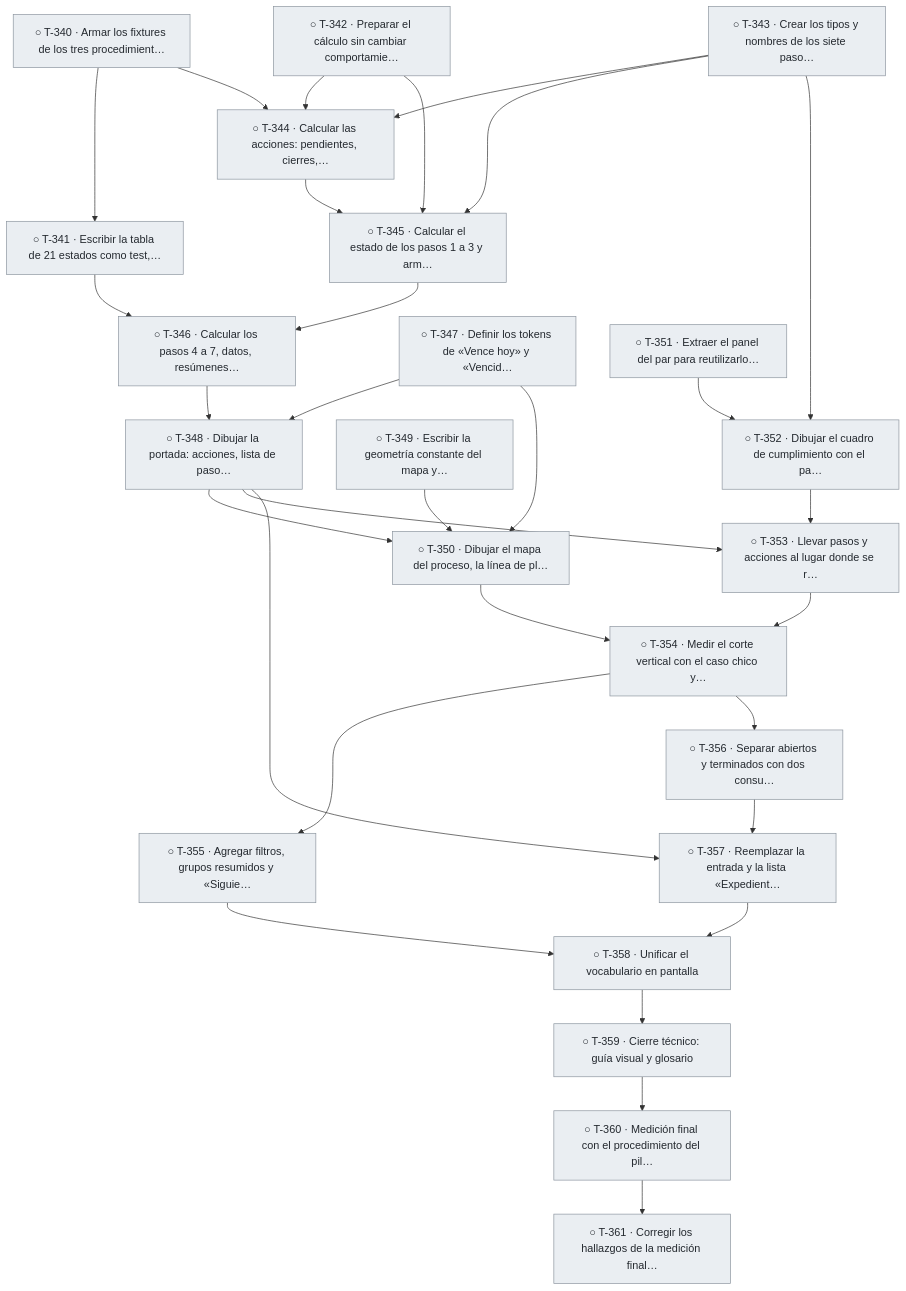
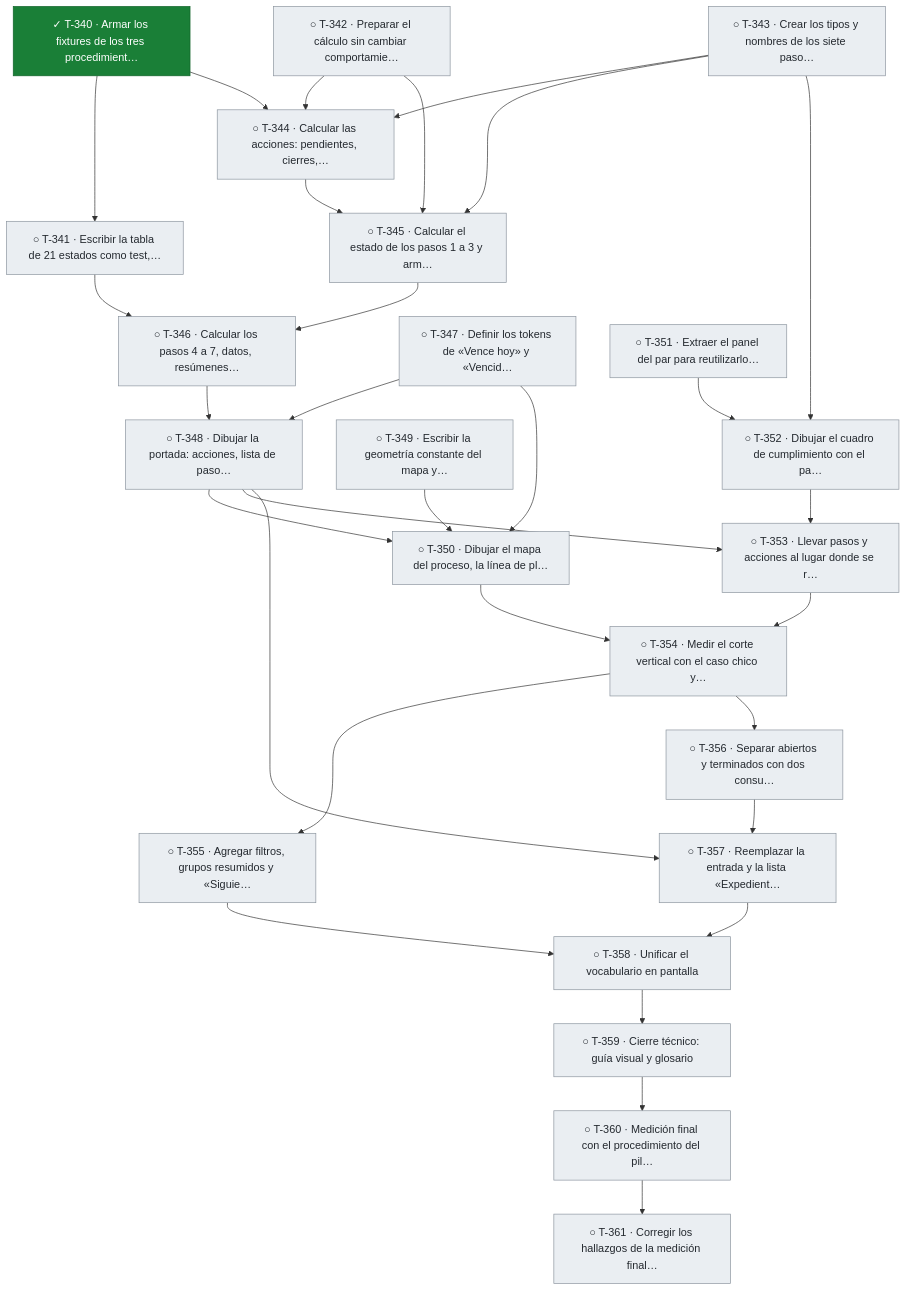
One commit to snavello/EVALUON changed diagram 25 of 25 in docs/tablero.md. Above: the diagram before and after it, drawn with Mermaid. The commit also changed other lines of this file and 1 other file, not shown here.

Commit message:
gestión: T-340 terminada (fixtures de los tres procedimientos), avisos y tablero

````diff
--- a/docs/tablero.md
+++ b/docs/tablero.md
@@ -1922,59 +1922,59 @@
 ```mermaid
 flowchart TD
-  T340["○ T-340 · Armar los fixtures de los tres procedimient…"]:::todo
+  T340["✓ T-340 · Armar los fixtures de los tres procedimient…"]:::done
   T341["○ T-341 · Escribir la tabla de 21 estados como test,…"]:::todo
   T342["○ T-342 · Preparar el cálculo sin cambiar comportamie…"]:::todo
   T343["○ T-343 · Crear los tipos y nombres de los siete paso…"]:::todo
   T344["○ T-344 · Calcular las acciones: pendientes, cierres,…"]:::todo
   T345["○ T-345 · Calcular el estado de los pasos 1 a 3 y arm…"]:::todo
   T346["○ T-346 · Calcular los pasos 4 a 7, datos, resúmenes…"]:::todo
   T347["○ T-347 · Definir los tokens de «Vence hoy» y «Vencid…"]:::todo
   T348["○ T-348 · Dibujar la portada: acciones, lista de paso…"]:::todo
   T349["○ T-349 · Escribir la geometría constante del mapa y…"]:::todo
   T350["○ T-350 · Dibujar el mapa del proceso, la línea de pl…"]:::todo
   T351["○ T-351 · Extraer el panel del par para reutilizarlo…"]:::todo
   T352["○ T-352 · Dibujar el cuadro de cumplimiento con el pa…"]:::todo
   T353["○ T-353 · Llevar pasos y acciones al lugar donde se r…"]:::todo
   T354["○ T-354 · Medir el corte vertical con el caso chico y…"]:::todo
   T355["○ T-355 · Agregar filtros, grupos resumidos y «Siguie…"]:::todo
   T356["○ T-356 · Separar abiertos y terminados con dos consu…"]:::todo
   T357["○ T-357 · Reemplazar la entrada y la lista «Expedient…"]:::todo
   T358["○ T-358 · Unificar el vocabulario en pantalla"]:::todo
   T359["○ T-359 · Cierre técnico: guía visual y glosario"]:::todo
   T360["○ T-360 · Medición final con el procedimiento del pil…"]:::todo
   T361["○ T-361 · Corregir los hallazgos de la medición final…"]:::todo
   T340 --> T341
   T340 --> T344
   T342 --> T344
   T343 --> T344
   T342 --> T345
   T343 --> T345
   T344 --> T345
   T341 --> T346
   T345 --> T346
   T346 --> T348
   T347 --> T348
   T347 --> T350
   T348 --> T350
   T349 --> T350
   T343 --> T352
   T351 --> T352
   T348 --> T353
   T352 --> T353
   T350 --> T354
   T353 --> T354
   T354 --> T355
   T354 --> T356
   T348 --> T357
   T356 --> T357
   T355 --> T358
   T357 --> T358
   T358 --> T359
   T359 --> T360
   T360 --> T361
   classDef done fill:#1a7f37,stroke:#116329,color:#ffffff
   classDef review fill:#0969da,stroke:#0550ae,color:#ffffff
   classDef active fill:#bf8700,stroke:#7d4e00,color:#ffffff
   classDef blocked fill:#cf222e,stroke:#a40e26,color:#ffffff
   classDef todo fill:#eaeef2,stroke:#8c959f,color:#24292f
 ```
````
